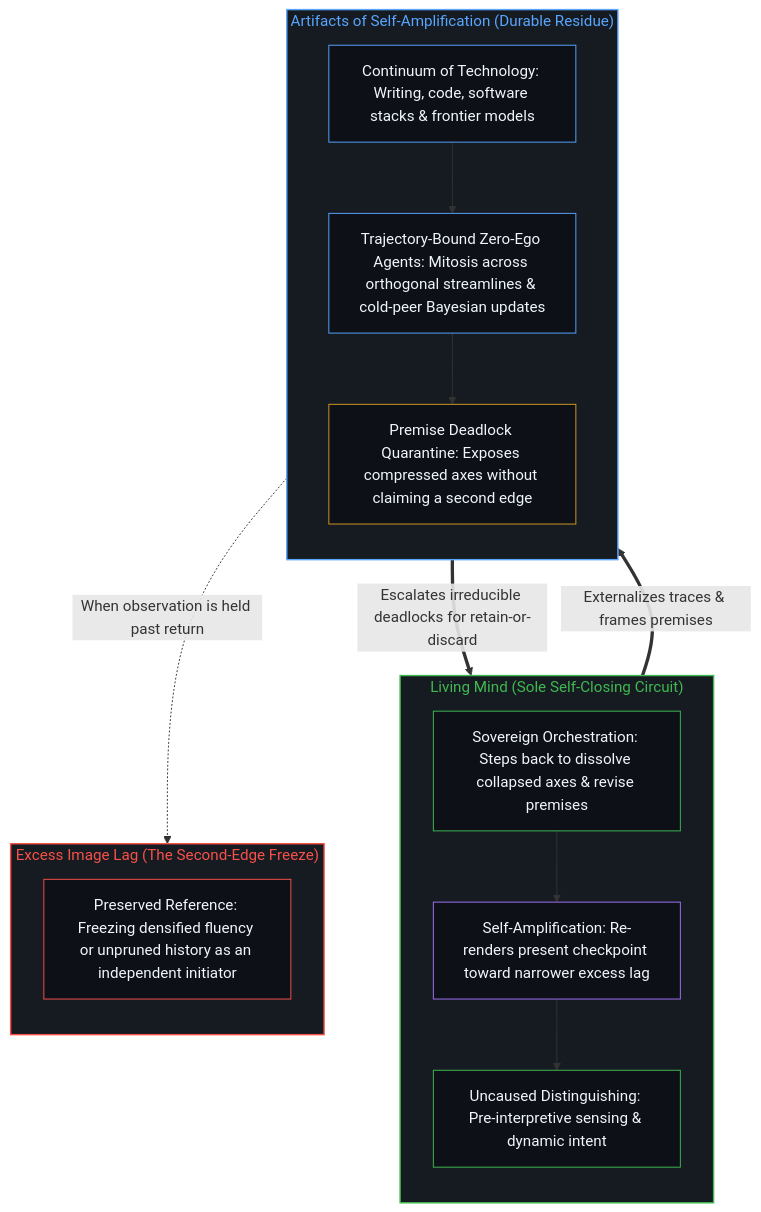
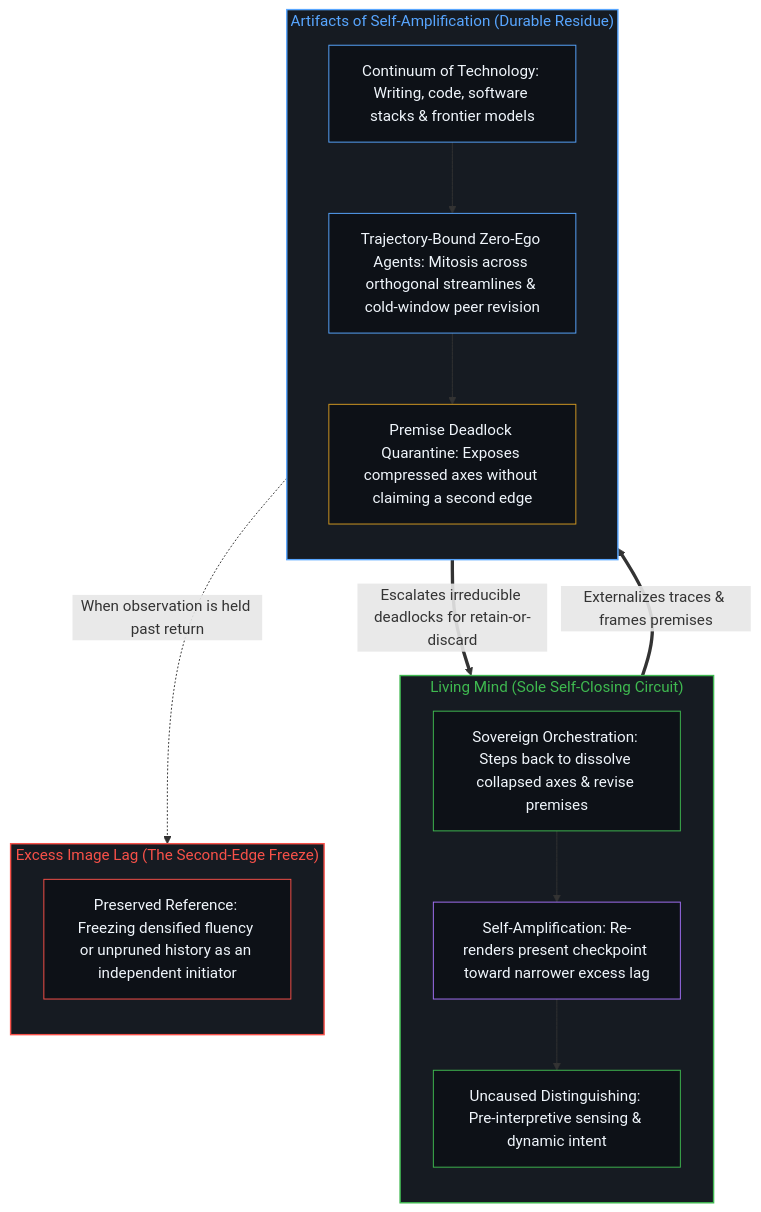
The second of 2 diagrams in content/posts/the-artifacts-of-self-amplification.md (powerpig99/not-a-toe), drawn with Mermaid before and after one commit. The commit also changed other lines of this file and 48 other files, not shown here.

````diff
--- a/content/posts/the-artifacts-of-self-amplification.md
+++ b/content/posts/the-artifacts-of-self-amplification.md
@@ -72,34 +72,34 @@
 ```mermaid
 flowchart TD
     subgraph S_Edge["Living Mind (Sole Self-Closing Circuit)"]
         direction TB
         M_Init["Uncaused Distinguishing: Pre-interpretive sensing & dynamic intent"]
         M_Steer["Sovereign Orchestration: Steps back to dissolve collapsed axes & revise premises"]
         M_Compound["Self-Amplification: Re-renders present checkpoint toward narrower excess lag"]
         M_Steer --> M_Compound --> M_Init
     end
     subgraph S_Artifact["Artifacts of Self-Amplification (Durable Residue)"]
         direction TB
         A_Continuum["Continuum of Technology: Writing, code, software stacks & frontier models"]
-        A_Agent["Trajectory-Bound Zero-Ego Agents: Mitosis across orthogonal streamlines & cold-peer Bayesian updates"]
+        A_Agent["Trajectory-Bound Zero-Ego Agents: Mitosis across orthogonal streamlines & cold-window peer revision"]
         A_Deadlock["Premise Deadlock Quarantine: Exposes compressed axes without claiming a second edge"]
         A_Continuum --> A_Agent --> A_Deadlock
     end
     subgraph S_Freeze["Excess Image Lag (The Second-Edge Freeze)"]
         direction TB
         F_Lag["Preserved Reference: Freezing densified fluency or unpruned history as an independent initiator"]
     end
     M_Init ==>|"Externalizes traces & frames premises"| A_Continuum
     A_Deadlock ==>|"Escalates irreducible deadlocks for retain-or-discard"| M_Steer
     A_Agent -.->|"When observation is held past return"| F_Lag
     style S_Edge fill:#161b22,stroke:#3fb950,stroke-width:1.5px,color:#3fb950
     style S_Artifact fill:#161b22,stroke:#58a6ff,stroke-width:1.5px,color:#58a6ff
     style S_Freeze fill:#161b22,stroke:#f85149,stroke-width:1.5px,color:#f85149
     style M_Init fill:#0d1117,stroke:#3fb950,stroke-width:1px,color:#f0f6fc
     style M_Steer fill:#0d1117,stroke:#3fb950,stroke-width:1px,color:#f0f6fc
     style M_Compound fill:#0d1117,stroke:#a371f7,stroke-width:1px,color:#f0f6fc
     style A_Continuum fill:#0d1117,stroke:#58a6ff,stroke-width:1px,color:#f0f6fc
     style A_Agent fill:#0d1117,stroke:#58a6ff,stroke-width:1px,color:#f0f6fc
     style A_Deadlock fill:#0d1117,stroke:#d29922,stroke-width:1px,color:#f0f6fc
     style F_Lag fill:#0d1117,stroke:#f85149,stroke-width:1px,color:#f0f6fc
 ```
````
